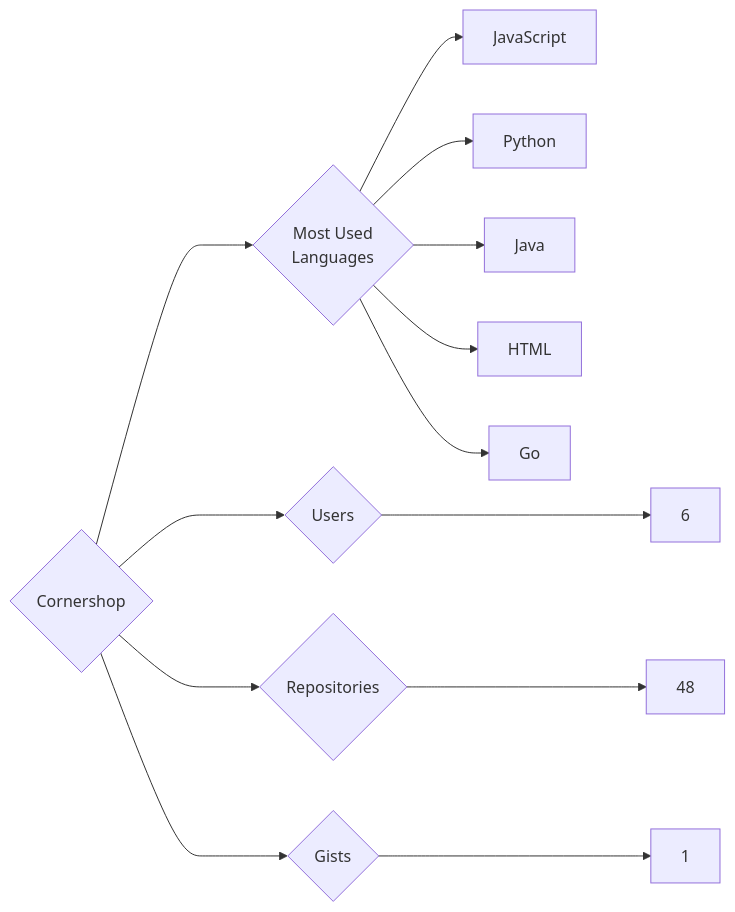
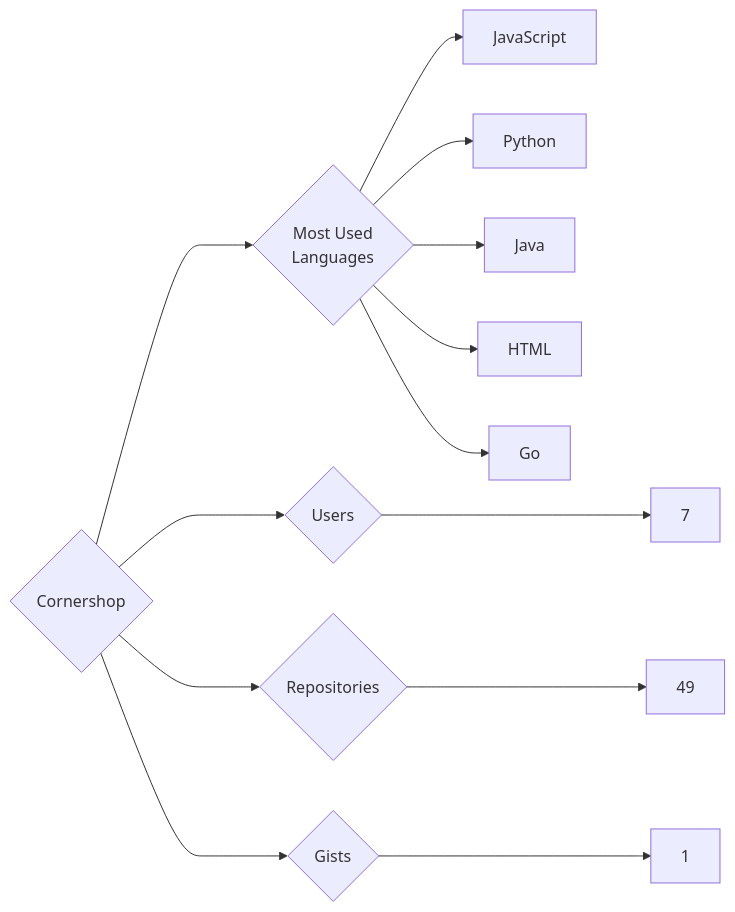
One commit to trickest/insiders changed the diagram in targets/Cornershop/README.md. Above: the diagram before and after it, drawn with Mermaid. The commit also changed 1120 other files, not shown here.

````diff
--- a/targets/Cornershop/README.md
+++ b/targets/Cornershop/README.md
@@ -3,13 +3,13 @@
 ```mermaid
 graph LR
 COMPANY_NAME{Cornershop}
-COMPANY_NAME ---> U{Users} ---> UN[6]
-COMPANY_NAME ---> R{Repositories} ---> RN[48]
+COMPANY_NAME ---> U{Users} ---> UN[7]
+COMPANY_NAME ---> R{Repositories} ---> RN[49]
 COMPANY_NAME ---> G{Gists} ---> GN[1]
 COMPANY_NAME ---> ML{Most Used<br>Languages}
 ML --> JavaScript[JavaScript]
 ML --> Python[Python]
 ML --> Java[Java]
 ML --> HTML[HTML]
 ML --> Go[Go]
 ```
````
